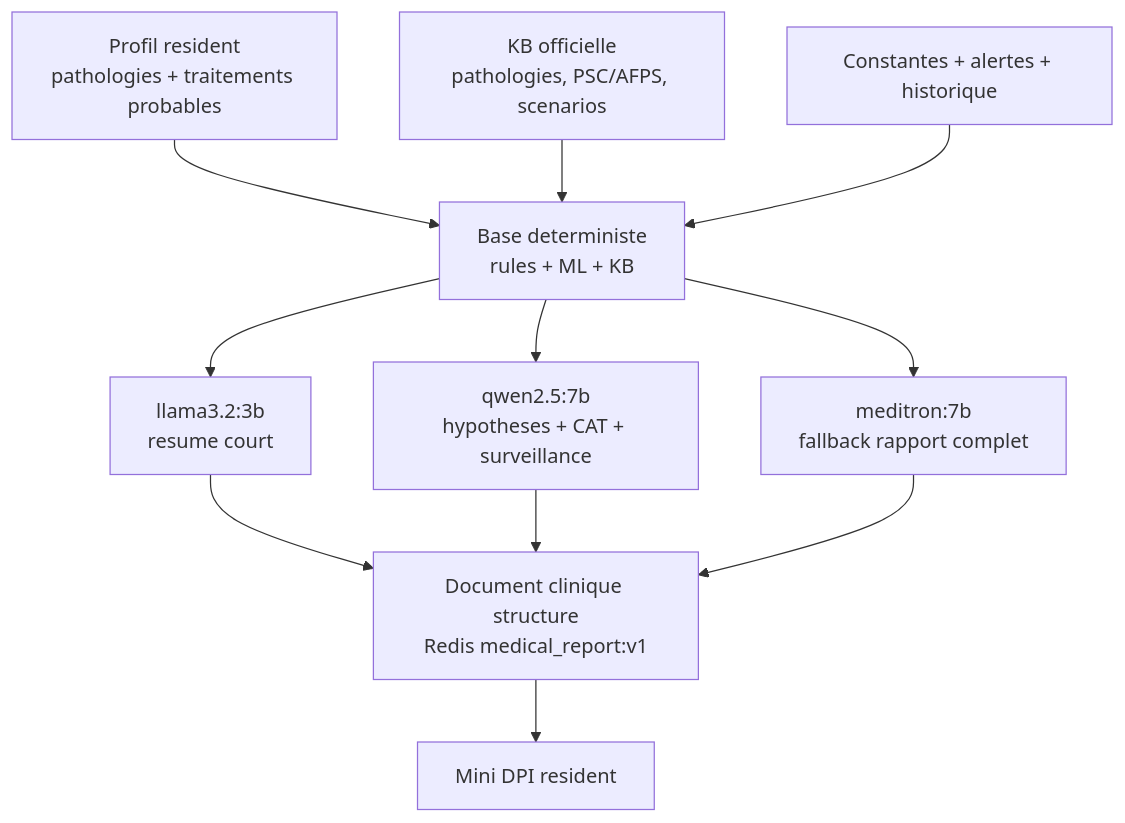
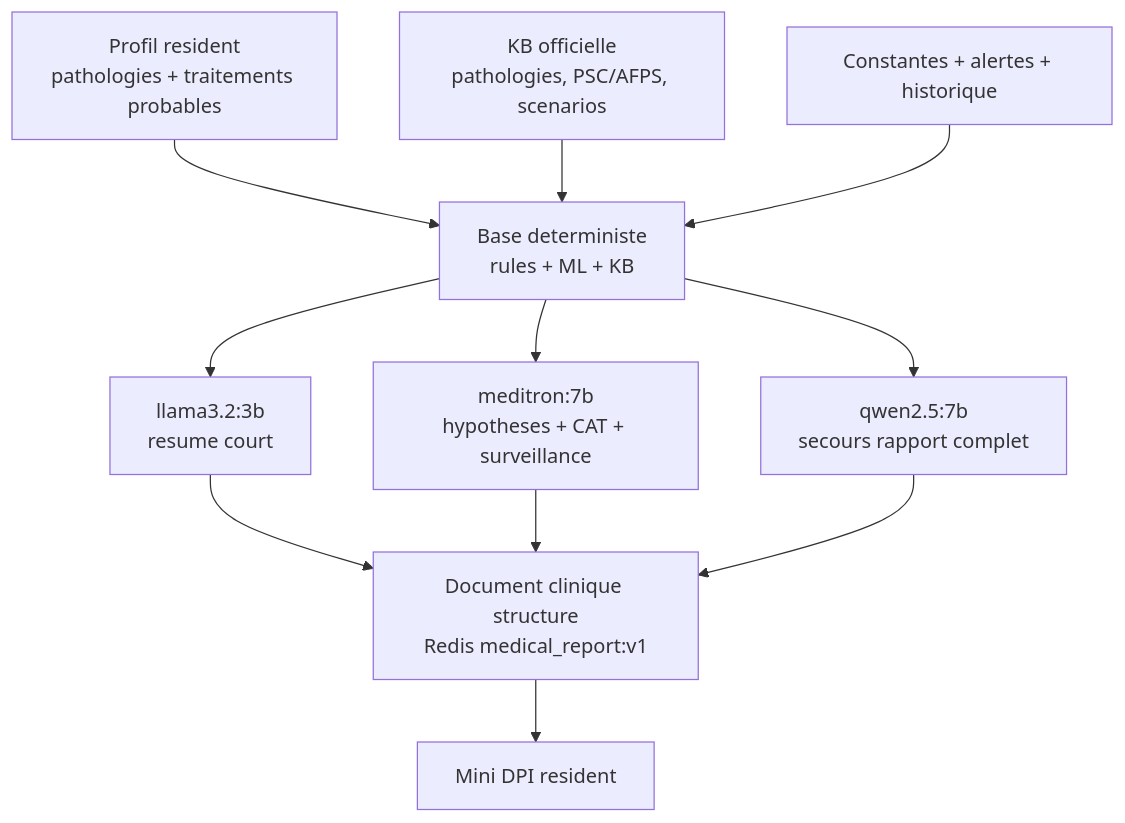
The second of 5 diagrams in README.md (Faucourt/epitech_mba2_ehpadMonitor), drawn with Mermaid before and after one commit. The commit also changed other lines of this file and 9 other files, not shown here.

````diff
--- a/README.md
+++ b/README.md
@@ -348,23 +348,23 @@
 ```mermaid
 flowchart TD
     DPI[Profil resident<br/>pathologies + traitements probables]
     KB[KB officielle<br/>pathologies, PSC/AFPS, scenarios]
     LIVE[Constantes + alertes + historique]
     BASE[Base deterministe<br/>rules + ML + KB]
     FAST[llama3.2:3b<br/>resume court]
-    CLIN[qwen2.5:7b<br/>hypotheses + CAT + surveillance]
-    MED[meditron:7b<br/>fallback rapport complet]
+    CLIN[meditron:7b<br/>hypotheses + CAT + surveillance]
+    MED[qwen2.5:7b<br/>secours rapport complet]
     DOC[Document clinique structure<br/>Redis medical_report:v1]
     MINI[Mini DPI resident]
 
     DPI --> BASE
     KB --> BASE
     LIVE --> BASE
     BASE --> FAST
     BASE --> CLIN
     BASE --> MED
     FAST --> DOC
     CLIN --> DOC
     MED --> DOC
     DOC --> MINI
 ```
````
